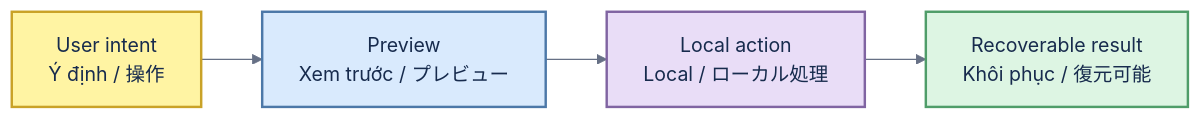
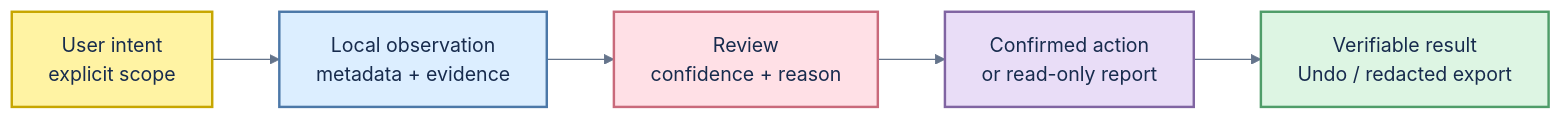
One commit to thangldw/toolbox changed the diagram in README.md. Above: the diagram before and after it, drawn with Mermaid. The commit also changed other lines of this file and 47 other files, not shown here.

````diff
--- a/README.md
+++ b/README.md
@@ -7,13 +7,15 @@
 ```mermaid
-%%{init: {"theme":"base","themeVariables":{"background":"#FFFFFF","fontFamily":"Arial, sans-serif","lineColor":"#667085","primaryTextColor":"#172B4D"}}}%%
+%%{init: {"theme":"base","themeVariables":{"background":"#F7F7F5","fontFamily":"Inter, Arial, sans-serif","lineColor":"#64748B","primaryTextColor":"#172B4D"},"flowchart":{"curve":"basis","nodeSpacing":42,"rankSpacing":55}}}%%
 flowchart LR
-    U["User intent<br/>Ý định / 操作"]:::yellow
-    P["Preview<br/>Xem trước / プレビュー"]:::blue
-    A["Local action<br/>Local / ローカル処理"]:::purple
-    R["Recoverable result<br/>Khôi phục / 復元可能"]:::green
-    U --> P --> A --> R
-    classDef yellow fill:#FFF4A3,stroke:#C9A227,stroke-width:2px,color:#172B4D
-    classDef blue fill:#D9EAFD,stroke:#4C78A8,stroke-width:2px,color:#172B4D
-    classDef purple fill:#E9DDF7,stroke:#8064A2,stroke-width:2px,color:#172B4D
-    classDef green fill:#DDF5E3,stroke:#4F9D69,stroke-width:2px,color:#172B4D
+    I["User intent<br/>explicit scope"]:::stickyYellow
+    O["Local observation<br/>metadata + evidence"]:::stickyBlue
+    R["Review<br/>confidence + reason"]:::stickyPink
+    A["Confirmed action<br/>or read-only report"]:::stickyPurple
+    V["Verifiable result<br/>Undo / redacted export"]:::stickyGreen
+    I --> O --> R --> A --> V
+    classDef stickyYellow fill:#FFF3A3,stroke:#C7A600,stroke-width:2px,color:#172B4D
+    classDef stickyBlue fill:#DCEEFF,stroke:#4C78A8,stroke-width:2px,color:#172B4D
+    classDef stickyPink fill:#FFE0E6,stroke:#C96A7B,stroke-width:2px,color:#172B4D
+    classDef stickyPurple fill:#E9DDF7,stroke:#8064A2,stroke-width:2px,color:#172B4D
+    classDef stickyGreen fill:#DDF5E3,stroke:#4F9D69,stroke-width:2px,color:#172B4D
 ```
````
